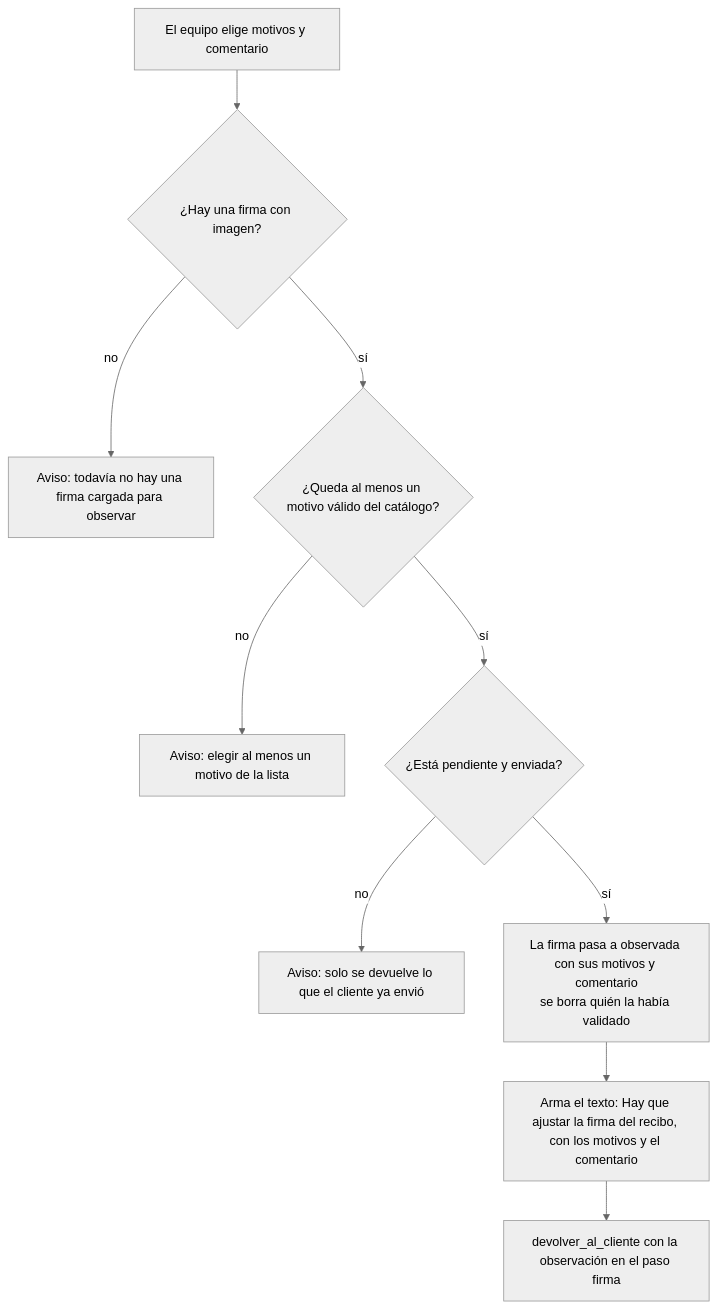
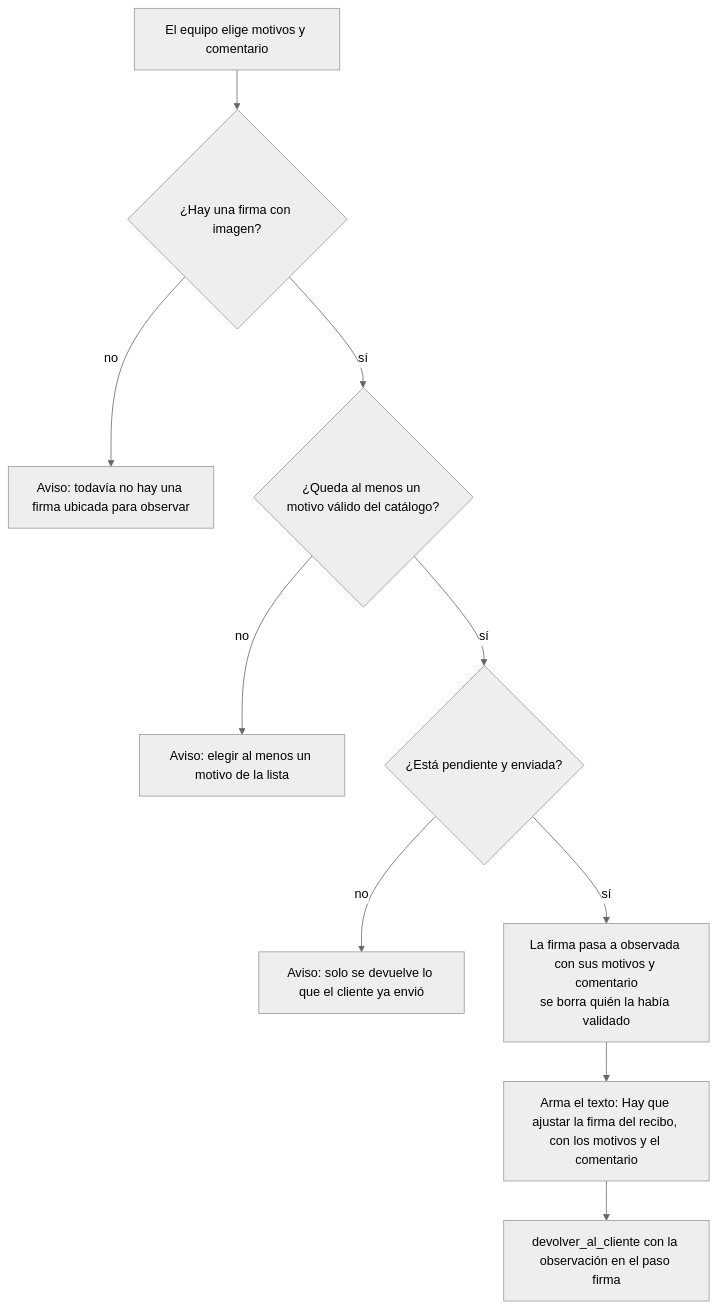
Diagram 15 of 24 in docs/flujos-de-negocio.md (AluSkies/implementador.napsis), drawn with Mermaid (neutral theme) before and after one commit. The commit also changed other lines of this file and 99 other files, not shown here.

````diff
--- a/docs/flujos-de-negocio.md
+++ b/docs/flujos-de-negocio.md
@@ -753,23 +753,23 @@
 ```mermaid
 flowchart TD
     s1["El equipo elige motivos y comentario"]
     d1{"¿Hay una firma con imagen?"}
-    e1["Aviso: todavía no hay una firma cargada para observar"]
+    e1["Aviso: todavía no hay una firma ubicada para observar"]
     d2{"¿Queda al menos un motivo válido del catálogo?"}
     e2["Aviso: elegir al menos un motivo de la lista"]
     d3{"¿Está pendiente y enviada?"}
     e3["Aviso: solo se devuelve lo que el cliente ya envió"]
     t1["La firma pasa a observada con sus motivos y comentario<br/>se borra quién la había validado"]
     t2["Arma el texto: Hay que ajustar la firma del recibo, con los motivos y el comentario"]
     t3["devolver_al_cliente con la observación en el paso firma"]
 
     s1 --> d1
     d1 -->|no| e1
     d1 -->|sí| d2
     d2 -->|no| e2
     d2 -->|sí| d3
     d3 -->|no| e3
     d3 -->|sí| t1
     t1 --> t2
     t2 --> t3
 ```
````
